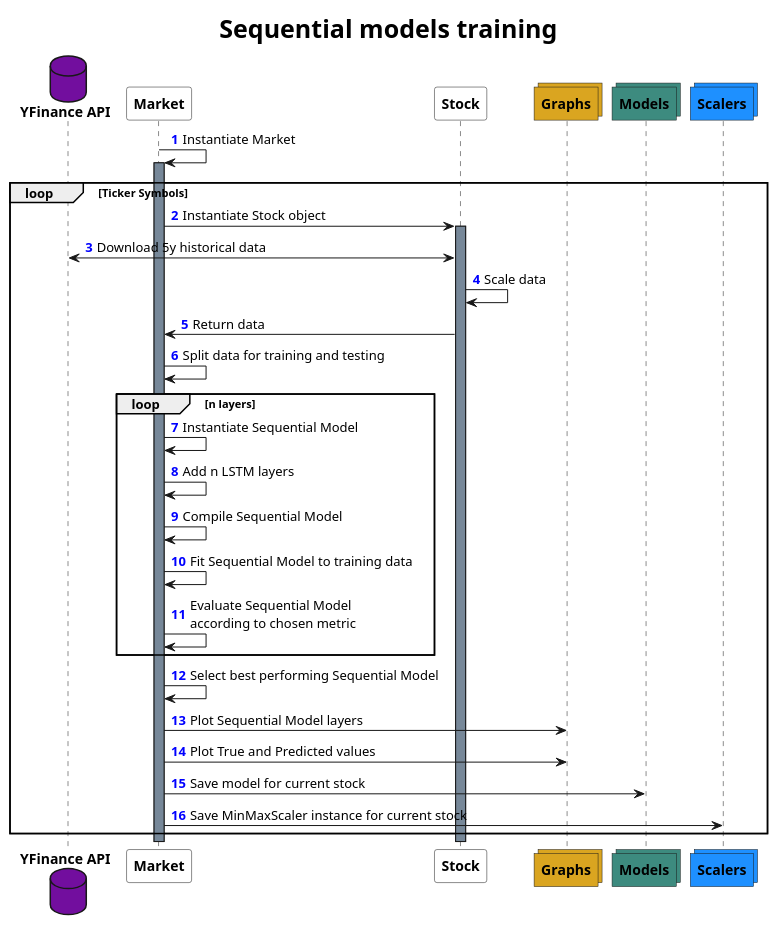
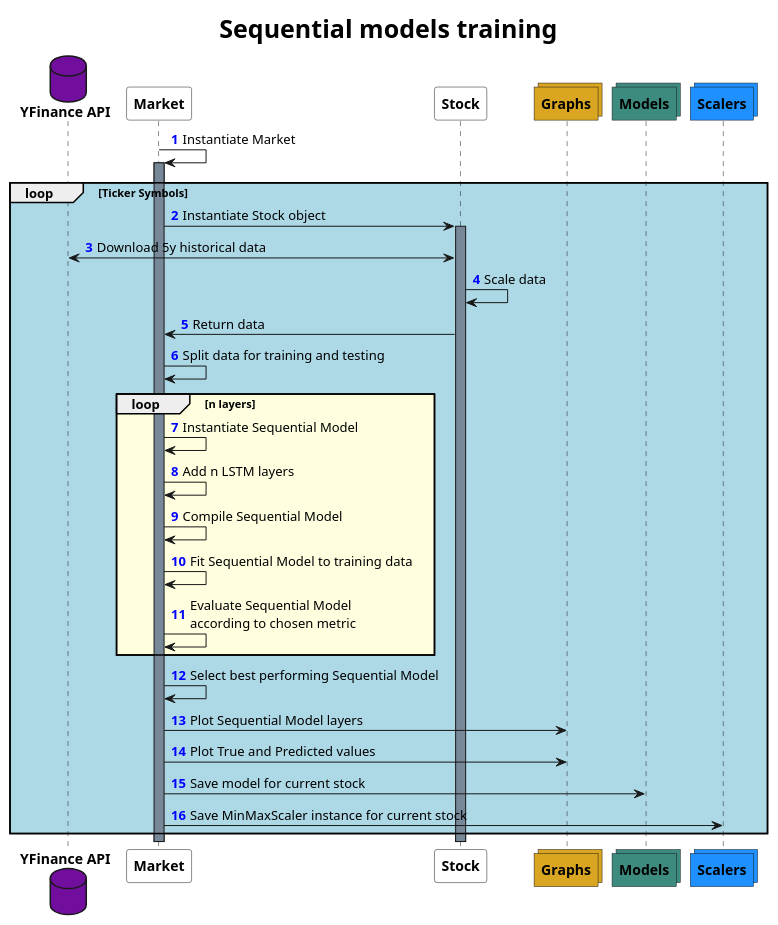
The diagram in docs/sequence_diagram/train_models.puml (romainmrad/UVProjet), drawn with PlantUML before and after one commit. The commit also changed 965 other files, not shown here.

```diff
--- a/docs/sequence_diagram/train_models.puml
+++ b/docs/sequence_diagram/train_models.puml
@@ -1,47 +1,46 @@
 @startuml
-
 skinparam ParticipantFontStyle bold
 skinparam DatabaseFontStyle bold
 skinparam CollectionsFontStyle bold
 skinparam BackgroundColor White
 skinparam TitleFontSize 25
 skinparam TitleFontStyle bold
 
 autonumber "<font color=blue><b>"
 
 
 title Sequential models training
 
 
 database "YFinance API" #720E9E
 participant Market #White
 participant Stock #White
 collections Graphs #GoldenRod
 collections Models #3D8B7F
 collections Scalers #DodgerBlue
 
 
 Market -> Market: Instantiate Market
 activate Market #LightSlateGrey
-loop Ticker Symbols
+loop #LightBlue Ticker Symbols
 Market -> Stock: Instantiate Stock object
 activate Stock #LightSlateGrey
 Stock <-> "YFinance API": Download 5y historical data
 Stock -> Stock: Scale data
 Stock -> Market: Return data
 Market -> Market: Split data for training and testing
-loop n layers
+loop #LightYellow n layers
 Market -> Market: Instantiate Sequential Model
 Market -> Market: Add n LSTM layers
 Market -> Market: Compile Sequential Model
 Market -> Market: Fit Sequential Model to training data
 Market -> Market: Evaluate Sequential Model \naccording to chosen metric
 end
 Market -> Market: Select best performing Sequential Model
 Market -> Graphs: Plot Sequential Model layers
 Market -> Graphs: Plot True and Predicted values
 Market -> Models: Save model for current stock
 Market -> Scalers: Save MinMaxScaler instance for current stock
 end
 
 @enduml
```
